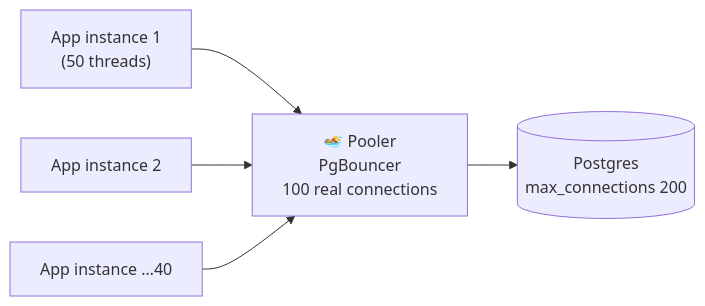
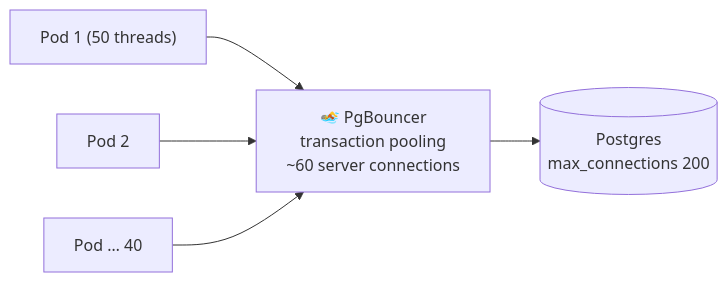
One commit to winnyboy5/System-Design-from-Atoms changed the second of 2 diagrams in phases/05-databases/040-access-patterns-and-pooling.md. Above: the diagram before and after it, drawn with Mermaid. The commit also changed other lines of this file and 11 other files, not shown here.

````diff
--- a/phases/05-databases/040-access-patterns-and-pooling.md
+++ b/phases/05-databases/040-access-patterns-and-pooling.md
@@ -41,7 +55,7 @@
 ```mermaid
 flowchart LR
-    A1["App instance 1<br/>(50 threads)"] --> PB["🏊 Pooler<br/>PgBouncer<br/>100 real connections"]
-    A2["App instance 2"] --> PB
-    A3["App instance …40"] --> PB
+    A1["Pod 1 (50 threads)"] --> PB["🏊 PgBouncer<br/>transaction pooling<br/>~60 server connections"]
+    A2["Pod 2"] --> PB
+    A3["Pod … 40"] --> PB
     PB --> DB[("Postgres<br/>max_connections 200")]
 ```
````
